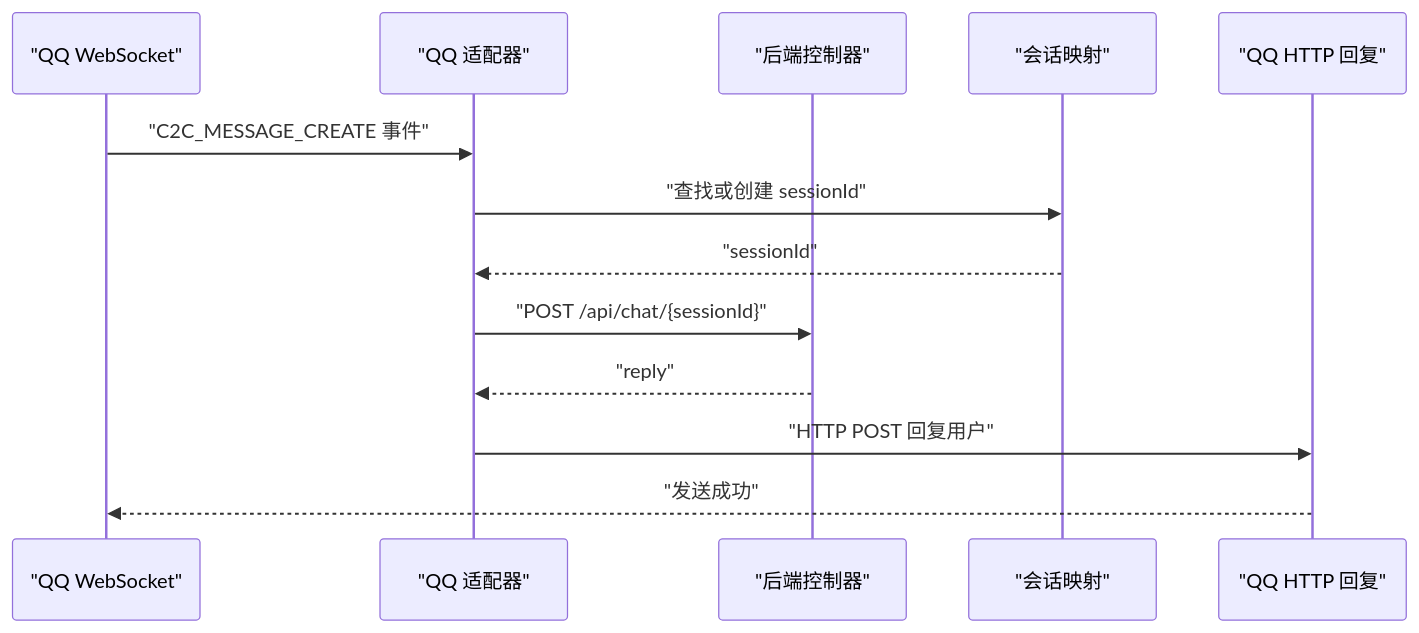
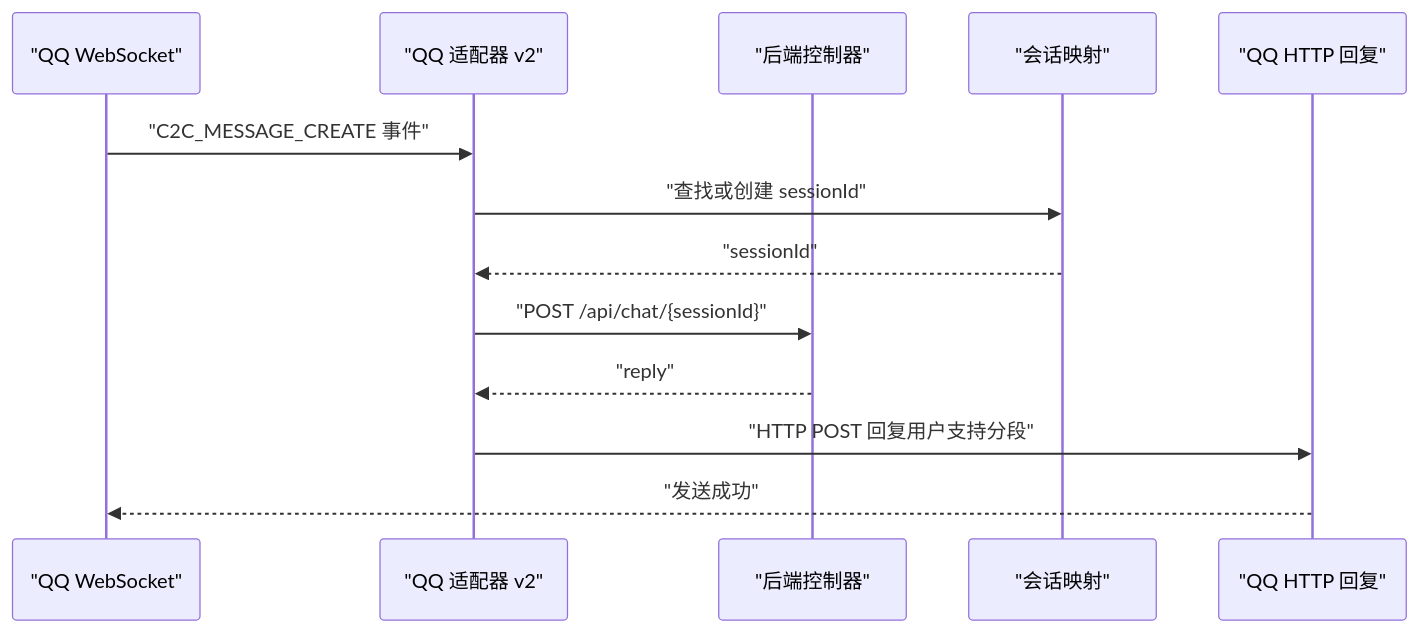
The fifth of 7 diagrams in .qoder/repowiki/zh/content/多平台适配器/多平台适配器.md (L1mingyoung/ex), drawn with Mermaid before and after one commit. The commit also changed other lines of this file and 13 other files, not shown here.

````diff
--- a/.qoder/repowiki/zh/content/多平台适配器/多平台适配器.md
+++ b/.qoder/repowiki/zh/content/多平台适配器/多平台适配器.md
@@ -193,15 +203,15 @@
 ```mermaid
 sequenceDiagram
 participant QQWS as "QQ WebSocket"
-participant Adapter as "QQ 适配器"
+participant Adapter as "QQ 适配器 v2"
 participant API as "后端控制器"
 participant Map as "会话映射"
 participant Reply as "QQ HTTP 回复"
 QQWS->>Adapter : "C2C_MESSAGE_CREATE 事件"
 Adapter->>Map : "查找或创建 sessionId"
 Map-->>Adapter : "sessionId"
 Adapter->>API : "POST /api/chat/{sessionId}"
 API-->>Adapter : "reply"
-Adapter->>Reply : "HTTP POST 回复用户"
+Adapter->>Reply : "HTTP POST 回复用户支持分段"
 Reply-->>QQWS : "发送成功"
 ```
````
